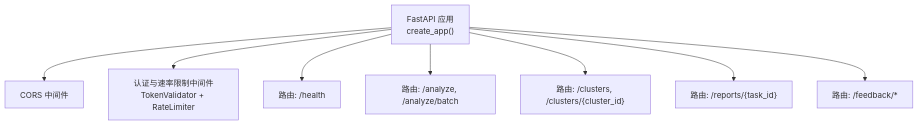
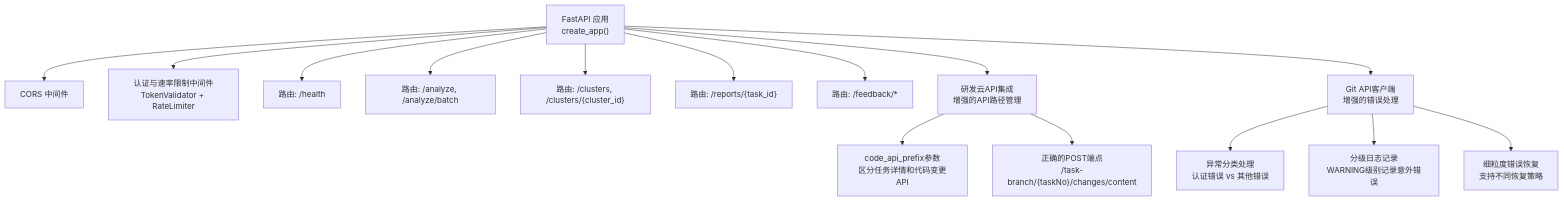
Before and after one commit to boyingliu01/fault-review-analyzer: the first of 5 diagrams in .qoder/repowiki/zh/content/API接口文档/API接口文档.md, drawn with Mermaid. The commit also changed other lines of this file and 125 other files, not shown here.

````diff
--- a/.qoder/repowiki/zh/content/API接口文档/API接口文档.md
+++ b/.qoder/repowiki/zh/content/API接口文档/API接口文档.md
@@ -41,10 +57,17 @@
 ```mermaid
 graph TB
 A["FastAPI 应用<br/>create_app()"] --> B["CORS 中间件"]
 A --> C["认证与速率限制中间件<br/>TokenValidator + RateLimiter"]
 A --> D["路由: /health"]
 A --> E["路由: /analyze, /analyze/batch"]
 A --> F["路由: /clusters, /clusters/{cluster_id}"]
 A --> G["路由: /reports/{task_id}"]
 A --> H["路由: /feedback/*"]
+A --> I["研发云API集成<br/>增强的API路径管理"]
+I --> J["code_api_prefix参数<br/>区分任务详情和代码变更API"]
+I --> K["正确的POST端点<br/>/task-branch/{taskNo}/changes/content"]
+A --> L["Git API客户端<br/>增强的错误处理"]
+L --> M["异常分类处理<br/>认证错误 vs 其他错误"]
+L --> N["分级日志记录<br/>WARNING级别记录意外错误"]
+L --> O["细粒度错误恢复<br/>支持不同恢复策略"]
 ```
````
